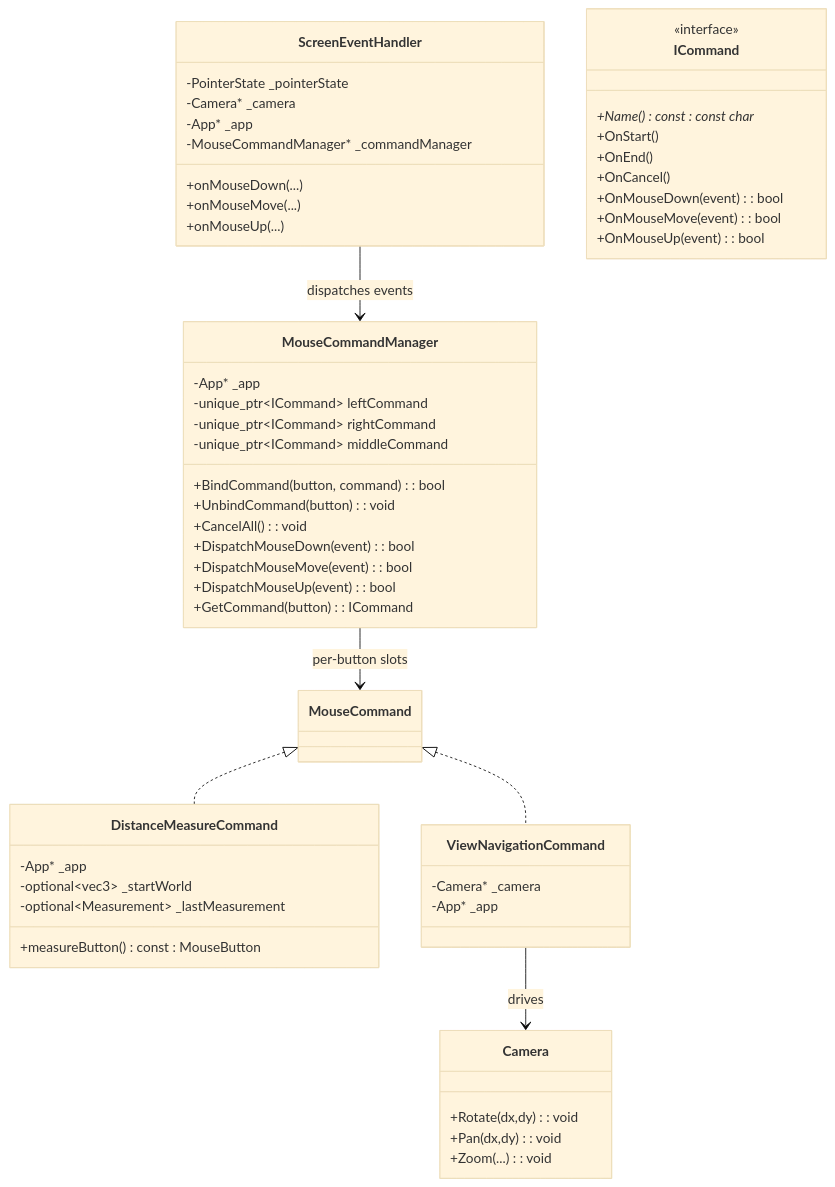
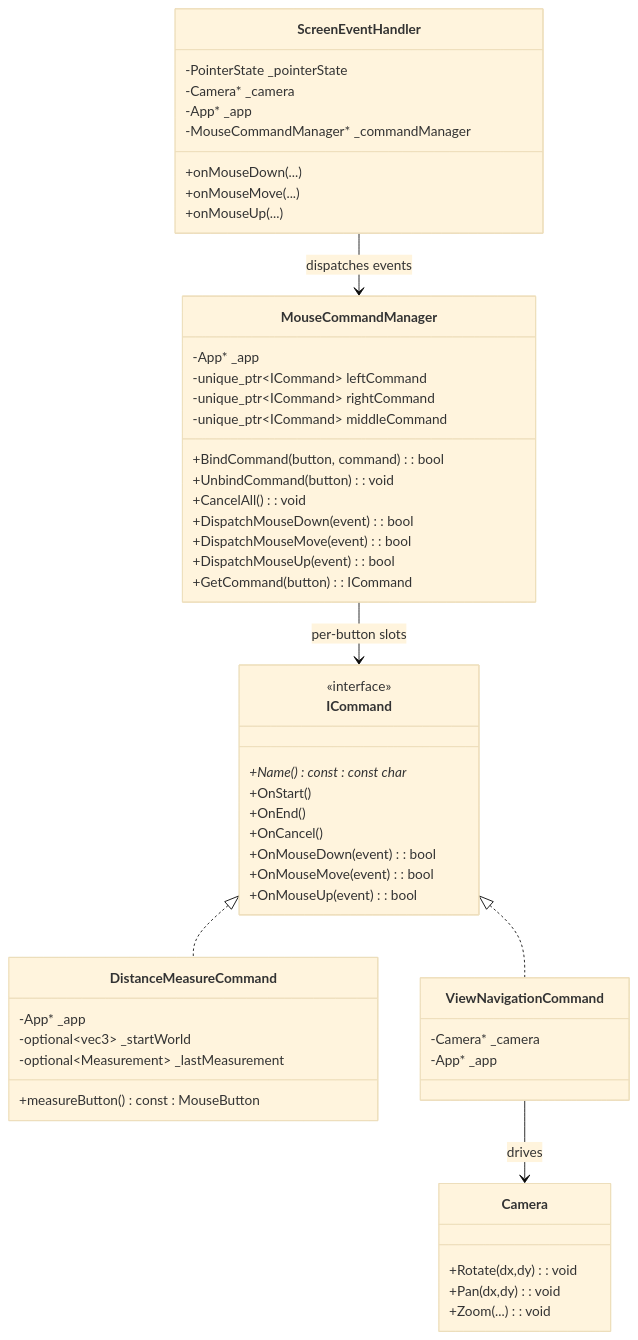
The second of 2 diagrams in GraphV3.md (vfa-khaidt1/vfa-cdn), drawn with Mermaid (base theme) before and after one commit.

Commit message:
Refactor class hierarchy in GraphV3.md

````diff
--- a/GraphV3.md
+++ b/GraphV3.md
@@ -38,63 +38,63 @@
 ```mermaid
 classDiagram
     class ScreenEventHandler {
         -PointerState _pointerState
         -Camera* _camera
         -App* _app
         -MouseCommandManager* _commandManager
         +onMouseDown(...)
         +onMouseMove(...)
         +onMouseUp(...)
     }
 
     class ICommand {
         <<interface>>
         +Name() const : const char*
         +OnStart()
         +OnEnd()
         +OnCancel()
         +OnMouseDown(event): bool
         +OnMouseMove(event): bool
         +OnMouseUp(event): bool
     }
 
     class MouseCommandManager {
         -App* _app
         -unique_ptr~ICommand~ leftCommand
         -unique_ptr~ICommand~ rightCommand
         -unique_ptr~ICommand~ middleCommand
         +BindCommand(button, command): bool
         +UnbindCommand(button): void
         +CancelAll(): void
         +DispatchMouseDown(event): bool
         +DispatchMouseMove(event): bool
         +DispatchMouseUp(event): bool
         +GetCommand(button): ICommand
     }
 
     class DistanceMeasureCommand {
         -App* _app
         -optional~vec3~ _startWorld
         -optional~Measurement~ _lastMeasurement
         +measureButton() const : MouseButton
     }
 
     class ViewNavigationCommand {
         -Camera* _camera
         -App* _app
     }
 
     class Camera {
         +Rotate(dx,dy): void
         +Pan(dx,dy): void
         +Zoom(...): void
     }
 
-    MouseCommand <|.. DistanceMeasureCommand
-    MouseCommand <|.. ViewNavigationCommand
+    ICommand <|.. DistanceMeasureCommand
+    ICommand <|.. ViewNavigationCommand
 
     ScreenEventHandler --> MouseCommandManager : dispatches events
-    MouseCommandManager --> MouseCommand : per-button slots
+    MouseCommandManager --> ICommand : per-button slots
     ViewNavigationCommand --> Camera : drives
 
 ```
````
